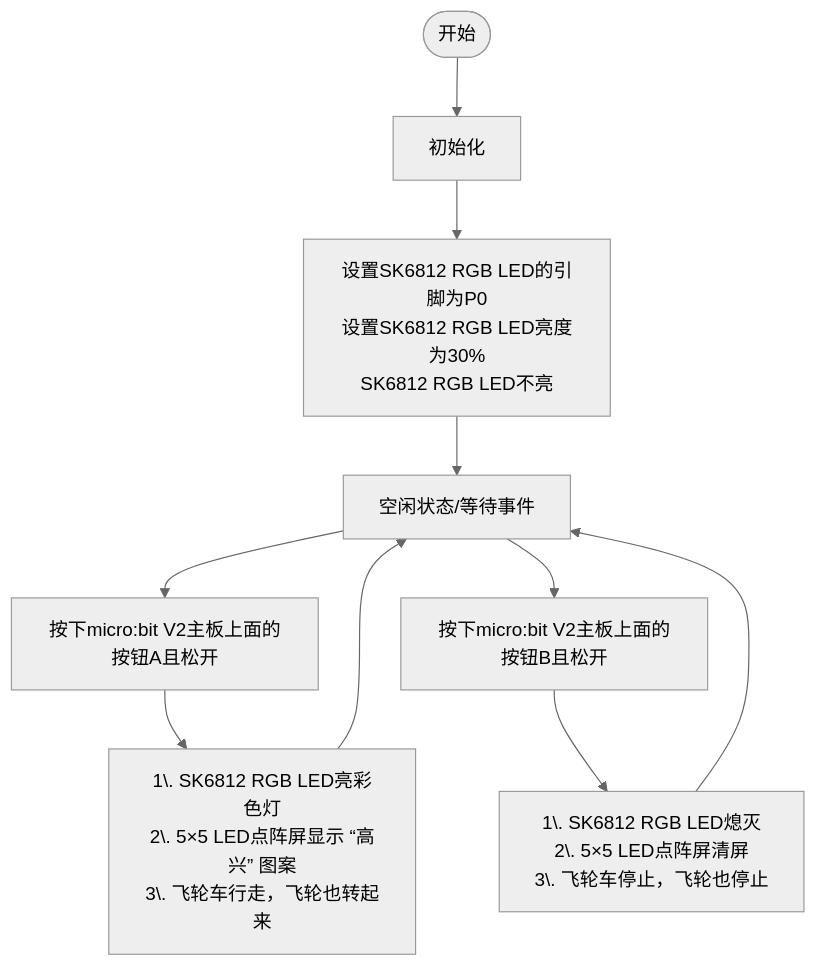
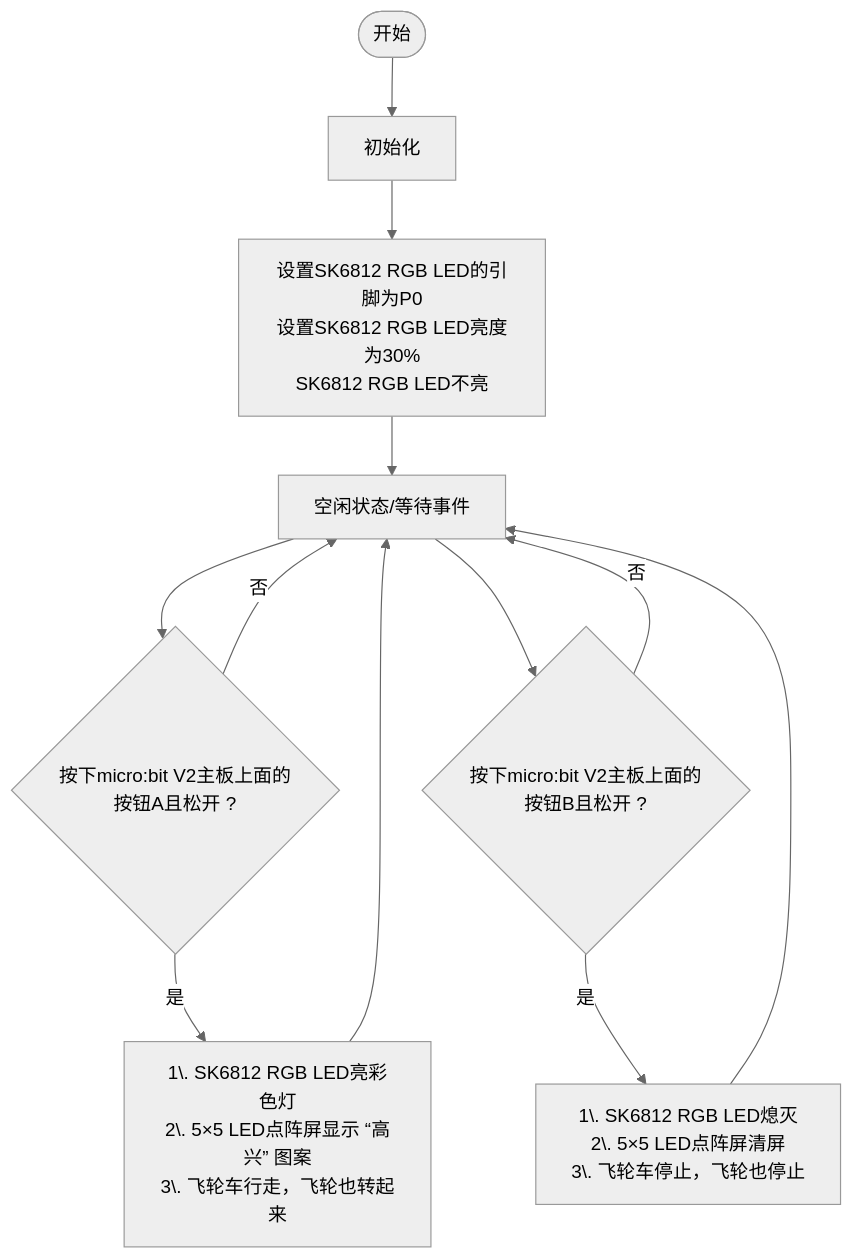
Before and after one commit to keyestudio/KS0604-Keyestudio-Microbit-8-1-: the diagram in docs/MakeCode_教程/Projects/课程05.md, drawn with Mermaid (neutral theme). The commit also changed other lines of this file and 253 other files, not shown here.

````diff
--- a/docs/MakeCode_教程/Projects/课程05.md
+++ b/docs/MakeCode_教程/Projects/课程05.md
@@ -38,17 +119,14 @@
 ```mermaid
 flowchart TD
     Start([开始]) --> OnInit1[初始化]
-
     OnInit1 --> OnInit2[设置SK6812 RGB LED的引脚为P0<br>设置SK6812 RGB LED亮度为30%<br>SK6812 RGB LED不亮]
-    
     OnInit2 --> IdleState[空闲状态/等待事件]
-    
-    IdleState --> EventBtnA[按下micro:bit V2主板上面的按钮A且松开]
-    IdleState --> EventBtnB[按下micro:bit V2主板上面的按钮B且松开]
-
-    EventBtnA --> BtnAAction[1\. SK6812 RGB LED亮彩色灯<br>2\. 5×5 LED点阵屏显示 “高兴” 图案<br>3\. 飞轮车行走，飞轮也转起来]
+    IdleState --> EventBtnA{按下micro:bit V2主板上面的按钮A且松开 ?}
+    IdleState --> EventBtnB{按下micro:bit V2主板上面的按钮B且松开 ?}
+    EventBtnA -->|否| IdleState
+    EventBtnA -->|是| BtnAAction[1\. SK6812 RGB LED亮彩色灯<br>2\. 5×5 LED点阵屏显示 “高兴” 图案<br>3\. 飞轮车行走，飞轮也转起来]
     BtnAAction --> IdleState
-
-    EventBtnB --> BtnBAction[1\. SK6812 RGB LED熄灭<br>2\. 5×5 LED点阵屏清屏<br>3\. 飞轮车停止，飞轮也停止]
+    EventBtnB -->|否| IdleState
+    EventBtnB -->|是| BtnBAction[1\. SK6812 RGB LED熄灭<br>2\. 5×5 LED点阵屏清屏<br>3\. 飞轮车停止，飞轮也停止]
     BtnBAction --> IdleState
 ```
````
